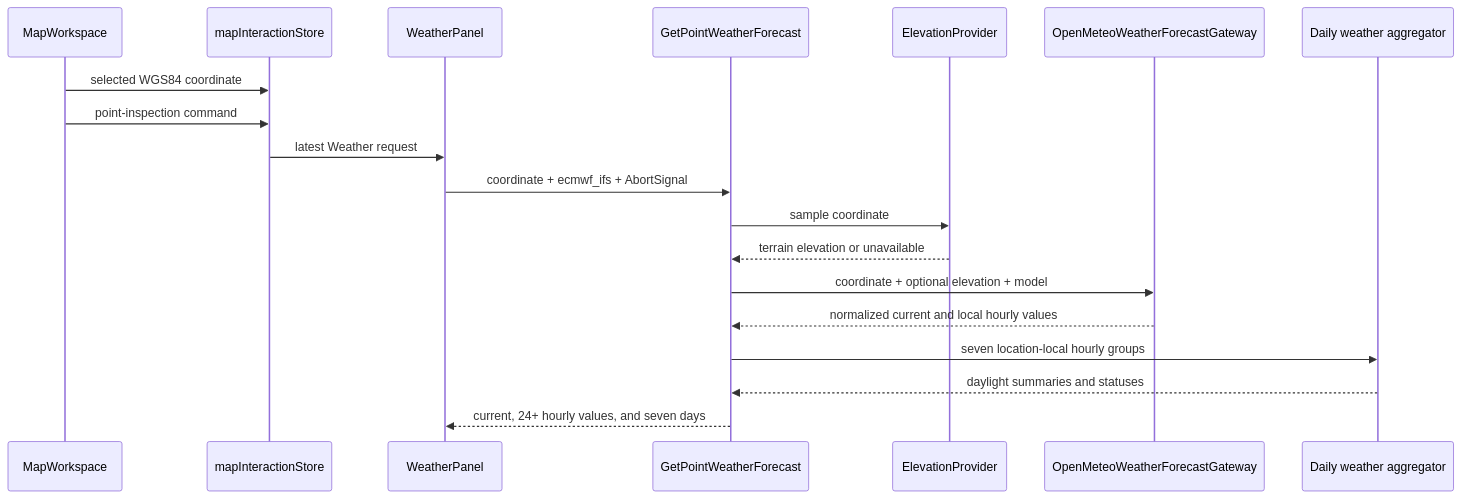
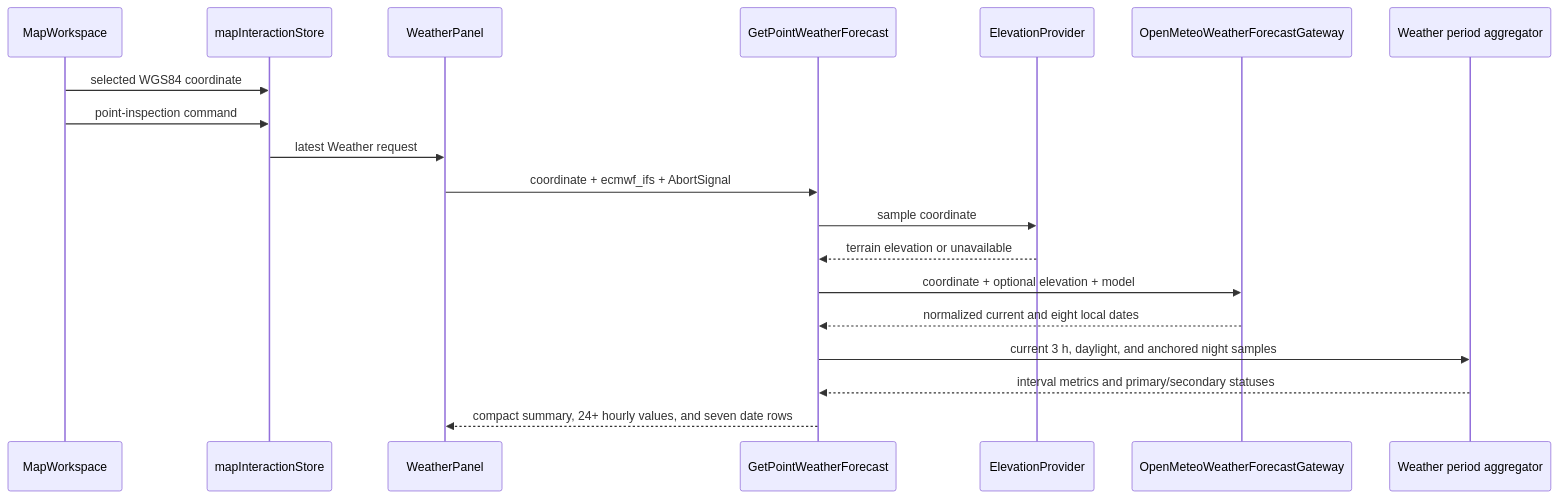
The eighth of 8 diagrams in docs/runtime-flows.md (bogdandm/georgia-routing-planner), drawn with Mermaid before and after one commit. The commit also changed other lines of this file and 15 other files, not shown here.

Commit message:
feat(weather): add anchored night forecasts

````diff
--- a/docs/runtime-flows.md
+++ b/docs/runtime-flows.md
@@ -710,22 +710,22 @@
 ```mermaid
 sequenceDiagram
   participant Map as MapWorkspace
   participant Command as mapInteractionStore
   participant Panel as WeatherPanel
   participant UseCase as GetPointWeatherForecast
   participant DEM as ElevationProvider
   participant Gateway as OpenMeteoWeatherForecastGateway
-  participant Daily as Daily weather aggregator
+  participant Period as Weather period aggregator
 
   Map->>Command: selected WGS84 coordinate
   Map->>Command: point-inspection command
   Command->>Panel: latest Weather request
   Panel->>UseCase: coordinate + ecmwf_ifs + AbortSignal
   UseCase->>DEM: sample coordinate
   DEM-->>UseCase: terrain elevation or unavailable
   UseCase->>Gateway: coordinate + optional elevation + model
-  Gateway-->>UseCase: normalized current and local hourly values
-  UseCase->>Daily: seven location-local hourly groups
-  Daily-->>UseCase: daylight summaries and statuses
-  UseCase-->>Panel: current, 24+ hourly values, and seven days
+  Gateway-->>UseCase: normalized current and eight local dates
+  UseCase->>Period: current 3 h, daylight, and anchored night samples
+  Period-->>UseCase: interval metrics and primary/secondary statuses
+  UseCase-->>Panel: compact summary, 24+ hourly values, and seven date rows
 ```
````
